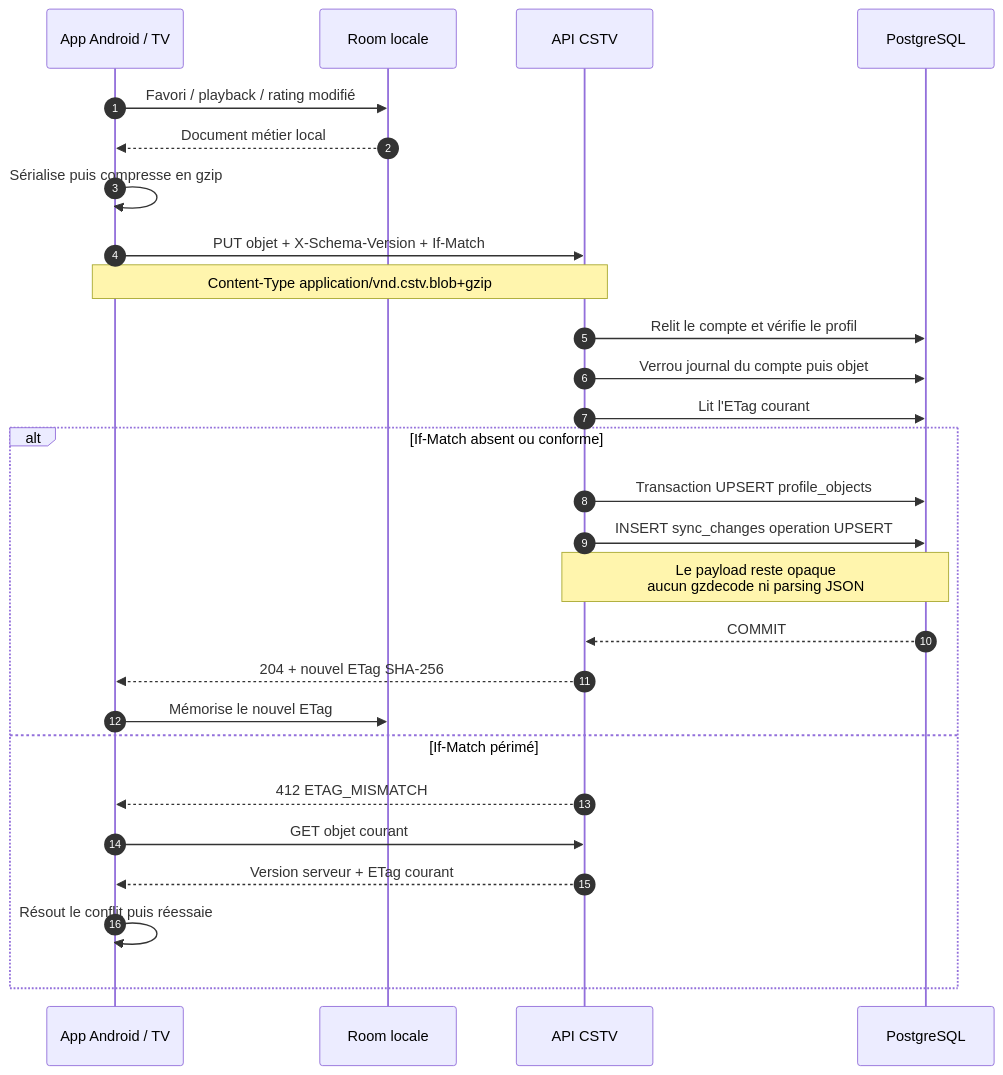
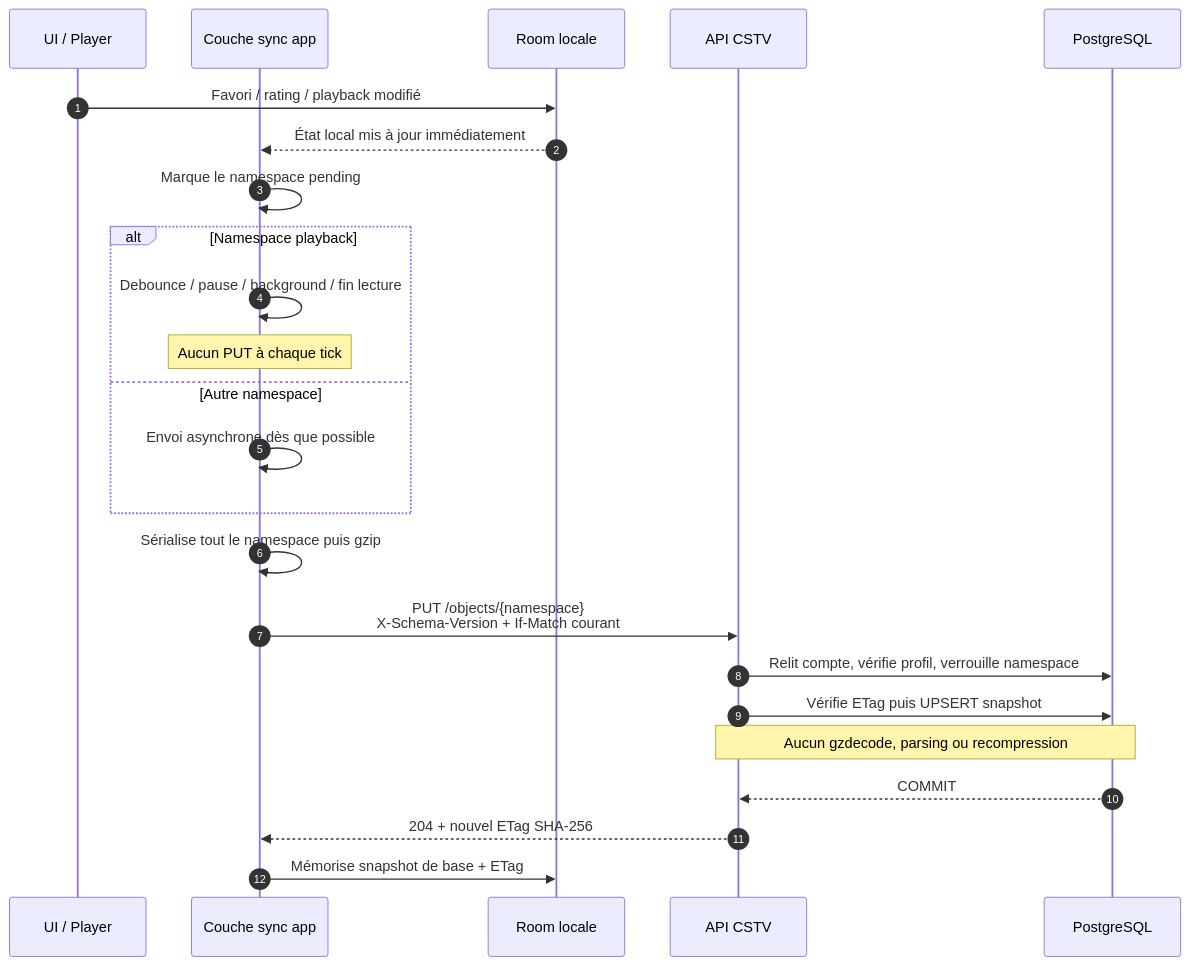
The second of 5 diagrams in docs/api/app-api-sequence.md (scilone/cstv), drawn with Mermaid before and after one commit. The commit also changed other lines of this file and 40 other files, not shown here.

Commit message:
feat(backend): replace sync journal with namespace snapshots

````diff
--- a/docs/api/app-api-sequence.md
+++ b/docs/api/app-api-sequence.md
@@ -63,31 +51,27 @@
 ```mermaid
 sequenceDiagram
     autonumber
-    participant App as App Android / TV
+    participant UI as UI / Player
+    participant App as Couche sync app
     participant Room as Room locale
     participant API as API CSTV
     participant DB as PostgreSQL
 
-    App->>Room: Favori / playback / rating modifié
-    Room-->>App: Document métier local
-    App->>App: Sérialise puis compresse en gzip
-    App->>API: PUT objet + X-Schema-Version + If-Match
-    Note over App,API: Content-Type application/vnd.cstv.blob+gzip
-
-    API->>DB: Relit le compte et vérifie le profil
-    API->>DB: Verrou journal du compte puis objet
-    API->>DB: Lit l'ETag courant
-    alt If-Match absent ou conforme
-        API->>DB: Transaction UPSERT profile_objects
-        API->>DB: INSERT sync_changes operation UPSERT
-        Note over API,DB: Le payload reste opaque<br/>aucun gzdecode ni parsing JSON
-        DB-->>API: COMMIT
-        API-->>App: 204 + nouvel ETag SHA-256
-        App->>Room: Mémorise le nouvel ETag
-    else If-Match périmé
-        API-->>App: 412 ETAG_MISMATCH
-        App->>API: GET objet courant
-        API-->>App: Version serveur + ETag courant
-        App->>App: Résout le conflit puis réessaie
+    UI->>Room: Favori / rating / playback modifié
+    Room-->>App: État local mis à jour immédiatement
+    App->>App: Marque le namespace pending
+    alt Namespace playback
+        App->>App: Debounce / pause / background / fin lecture
+        Note over App: Aucun PUT à chaque tick
+    else Autre namespace
+        App->>App: Envoi asynchrone dès que possible
     end
+    App->>App: Sérialise tout le namespace puis gzip
+    App->>API: PUT /objects/{namespace}<br/>X-Schema-Version + If-Match courant
+    API->>DB: Relit compte, vérifie profil, verrouille namespace
+    API->>DB: Vérifie ETag puis UPSERT snapshot
+    Note over API,DB: Aucun gzdecode, parsing ou recompression
+    DB-->>API: COMMIT
+    API-->>App: 204 + nouvel ETag SHA-256
+    App->>Room: Mémorise snapshot de base + ETag
 ```
````
